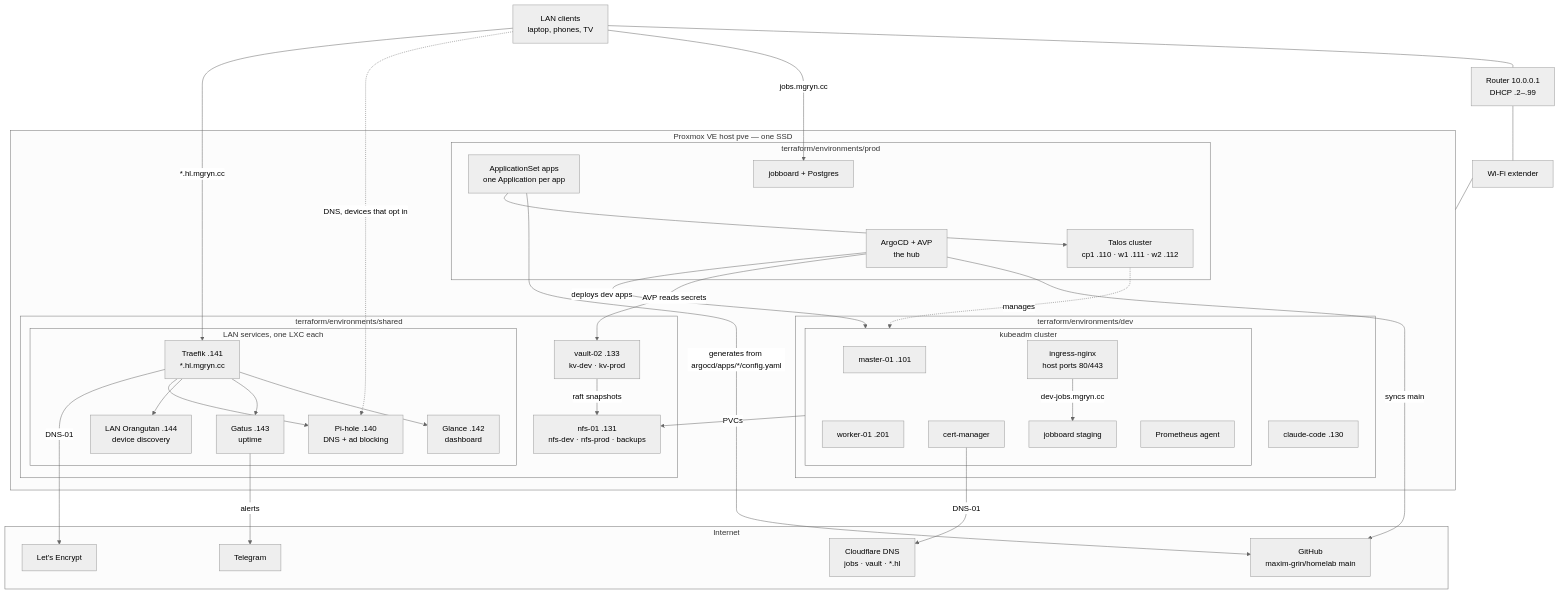
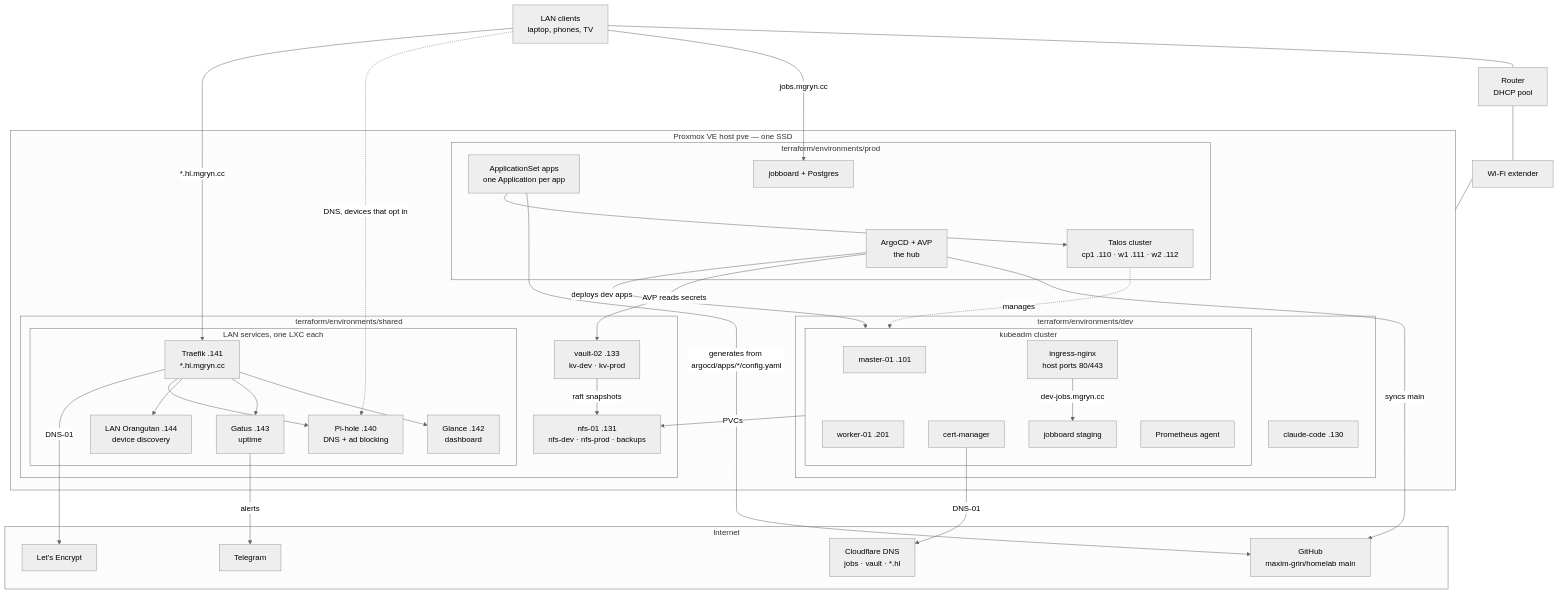
Before and after one commit to maxim-grin/homelab: the diagram in README.md, drawn with Mermaid (neutral theme). The commit also changed other lines of this file and 33 other files, not shown here.

````diff
--- a/README.md
+++ b/README.md
@@ -12,74 +12,74 @@
 ```mermaid
 flowchart TB
     subgraph internet["Internet"]
         github["GitHub<br/>maxim-grin/homelab main"]
         cloudflare["Cloudflare DNS<br/>jobs · vault · *.hl"]
         letsencrypt["Let's Encrypt"]
         telegram["Telegram"]
     end
 
-    router["Router 10.0.0.1<br/>DHCP .2–.99"]
+    router["Router<br/>DHCP pool"]
     lan["LAN clients<br/>laptop, phones, TV"]
     extender["Wi-Fi extender"]
 
     lan --- router
     router --- extender
 
     subgraph pve["Proxmox VE host pve — one SSD"]
         subgraph dev["terraform/environments/dev"]
             subgraph k8s["kubeadm cluster"]
                 master["master-01 .101"]
                 w1["worker-01 .201"]
                 ingress["ingress-nginx<br/>host ports 80/443"]
                 certmgr["cert-manager"]
                 jobboard["jobboard staging"]
                 mon["Prometheus agent"]
             end
             claude["claude-code .130"]
         end
 
         subgraph shared["terraform/environments/shared"]
             nfs["nfs-01 .131<br/>nfs-dev · nfs-prod · backups"]
             vault["vault-02 .133<br/>kv-dev · kv-prod"]
             subgraph lxcs["LAN services, one LXC each"]
                 pihole["Pi-hole .140<br/>DNS + ad blocking"]
                 traefik["Traefik .141<br/>*.hl.mgryn.cc"]
                 glance["Glance .142<br/>dashboard"]
                 gatus["Gatus .143<br/>uptime"]
                 orangutan["LAN Orangutan .144<br/>device discovery"]
             end
         end
 
         subgraph prod["terraform/environments/prod"]
             talos["Talos cluster<br/>cp1 .110 · w1 .111 · w2 .112"]
             argocd["ArgoCD + AVP<br/>the hub"]
             appset["ApplicationSet apps<br/>one Application per app"]
             prodjob["jobboard + Postgres"]
         end
     end
 
     extender --- pve
 
     argocd -- "syncs main" --> github
     argocd -- "AVP reads secrets" --> vault
     argocd -- "deploys dev apps" --> k8s
     k8s -- "PVCs" --> nfs
     vault -- "raft snapshots" --> nfs
     certmgr -- "DNS-01" --> cloudflare
     lan -- "jobs.mgryn.cc" --> prodjob
     ingress -- "dev-jobs.mgryn.cc" --> jobboard
 
     lan -. "DNS, devices that opt in" .-> pihole
     lan -- "*.hl.mgryn.cc" --> traefik
     traefik --> glance
     traefik --> gatus
     traefik --> orangutan
     traefik --> pihole
     traefik -- "DNS-01" --> letsencrypt
     gatus -- "alerts" --> telegram
     talos -. "manages" .-> k8s
     appset -- "generates from argocd/apps/*/config.yaml" --> github
     appset --> talos
 
     classDef planned stroke-dasharray: 5 5,opacity:0.8
 ```
````
